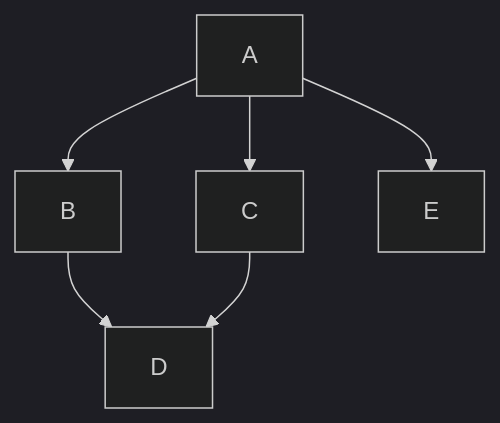
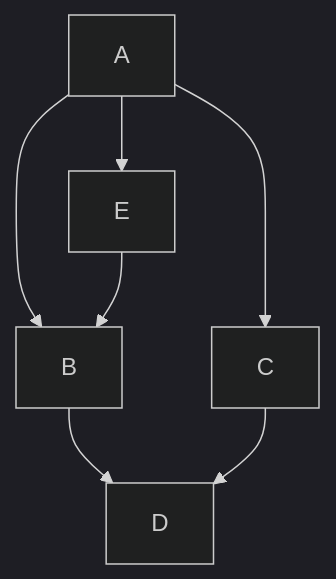
Before and after one commit to dvasiliu/Example: the diagram in index.md, drawn with Mermaid (dark theme).

````diff
--- a/index.md
+++ b/index.md
@@ -48,8 +48,9 @@
 ```mermaid
   graph TD;
       A-->B;
       A-->C;
       A-->E;
+      E-->B;
       B-->D;
       C-->D;
 ```
````
